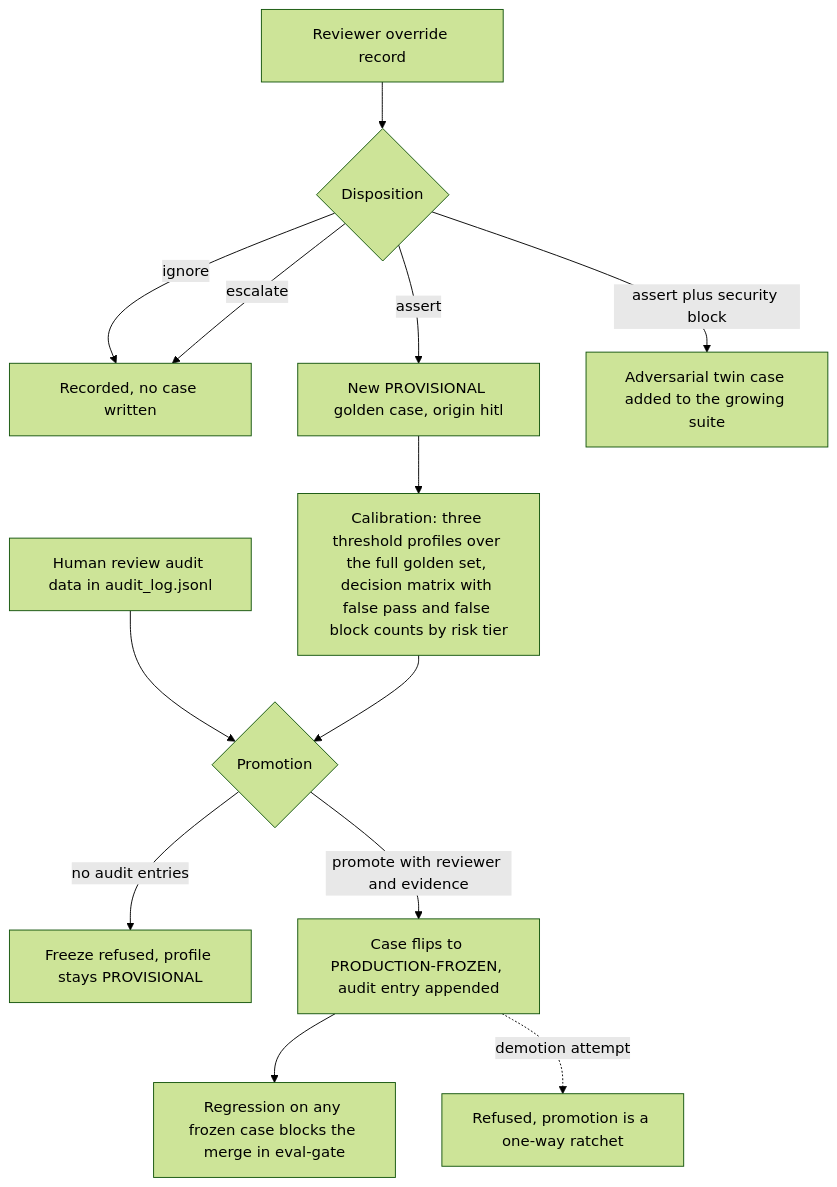
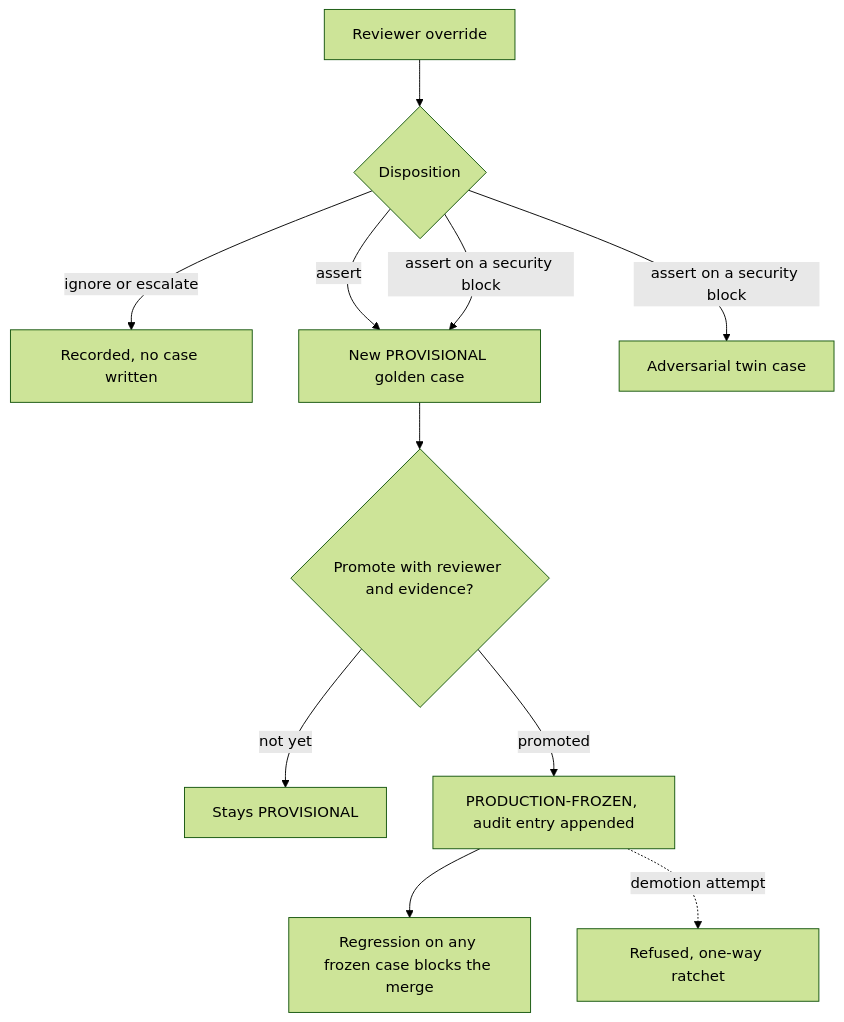
The diagram in workflow/hitl-loop-15-5.mmd (the-write-path-code/ch15-agentic-cicd), drawn with Mermaid (forest theme) before and after one commit. The commit also changed 7 other files, not shown here.

Commit message:
Simplify chapter diagrams, drop the publisher name, remove the stray chapter reference

```diff
--- a/workflow/hitl-loop-15-5.mmd
+++ b/workflow/hitl-loop-15-5.mmd
@@ -1,13 +1,11 @@
 flowchart TD
-    REV["Reviewer override record"] --> DISP{"Disposition"}
-    DISP -- ignore --> KEEP["Recorded, no case written"]
-    DISP -- escalate --> KEEP
-    DISP -- assert --> NEW["New PROVISIONAL golden case, origin hitl"]
-    DISP -- "assert plus security block" --> TWIN["Adversarial twin case added to the growing suite"]
-    NEW --> CAL["Calibration: three threshold profiles over the full golden set, decision matrix with false pass and false block counts by risk tier"]
-    AUD["Human review audit data in audit_log.jsonl"] --> PROMO{"Promotion"}
-    CAL --> PROMO
-    PROMO -- "no audit entries" --> REFUSE["Freeze refused, profile stays PROVISIONAL"]
-    PROMO -- "promote with reviewer and evidence" --> FROZEN["Case flips to PRODUCTION-FROZEN, audit entry appended"]
-    FROZEN --> CI["Regression on any frozen case blocks the merge in eval-gate"]
-    FROZEN -. "demotion attempt" .-> RATCHET["Refused, promotion is a one-way ratchet"]
+    A["Reviewer override"] --> B{"Disposition"}
+    B -- "ignore or escalate" --> C["Recorded, no case written"]
+    B -- "assert" --> D["New PROVISIONAL golden case"]
+    B -- "assert on a security block" --> D
+    B -- "assert on a security block" --> E["Adversarial twin case"]
+    D --> F{"Promote with reviewer and evidence?"}
+    F -- "not yet" --> G["Stays PROVISIONAL"]
+    F -- "promoted" --> H["PRODUCTION-FROZEN, audit entry appended"]
+    H --> I["Regression on any frozen case blocks the merge"]
+    H -. "demotion attempt" .-> J["Refused, one-way ratchet"]
```
